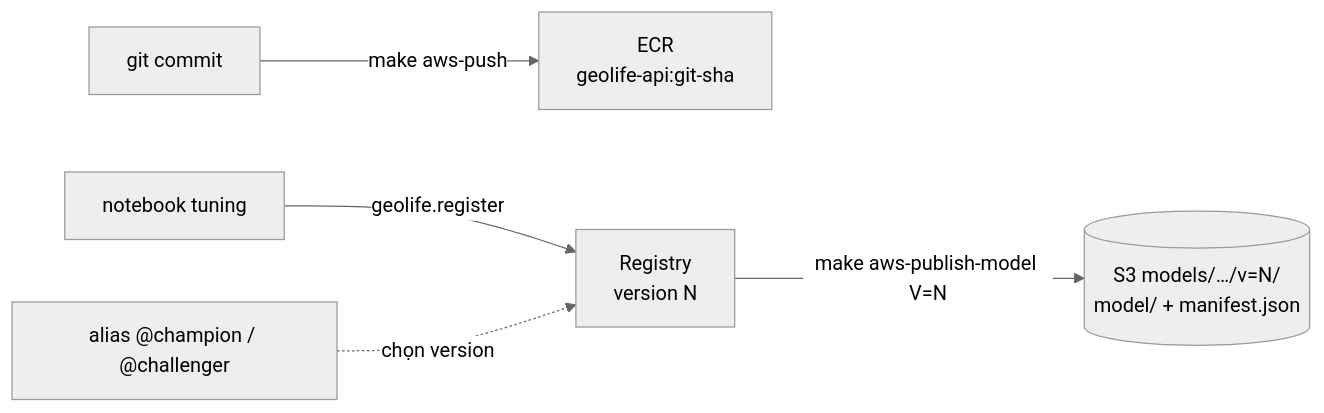
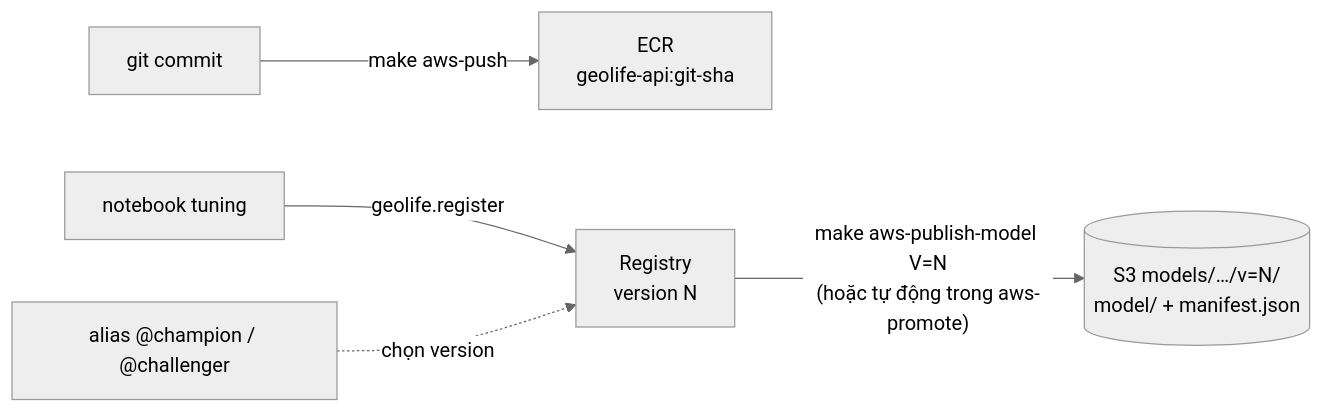
Before and after one commit to Gaohonggg/GeolifeGPS-trajectory: the fifth of 8 diagrams in docs/infra/overview.md, drawn with Mermaid (neutral theme). The commit also changed other lines of this file and 2 other files, not shown here.

````diff
--- a/docs/infra/overview.md
+++ b/docs/infra/overview.md
@@ -128,7 +131,7 @@
 ```mermaid
 flowchart LR
   code["git commit"] -->|"make aws-push"| ecr["ECR<br/>geolife-api:git-sha"]
   nb["notebook tuning"] -->|"geolife.register"| reg["Registry<br/>version N"]
-  reg -->|"make aws-publish-model V=N"| s3m[("S3 models/…/v=N/<br/>model/ + manifest.json")]
+  reg -->|"make aws-publish-model V=N<br/>(hoặc tự động trong aws-promote)"| s3m[("S3 models/…/v=N/<br/>model/ + manifest.json")]
   alias["alias @champion / @challenger"] -.->|"chọn version"| reg
 ```
````
